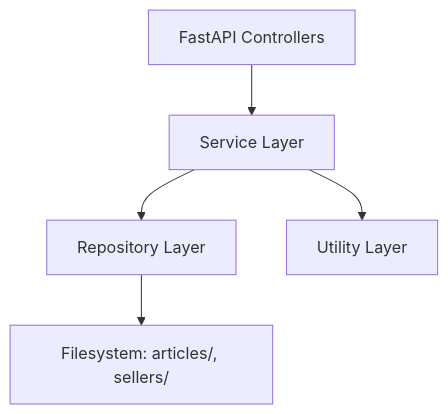
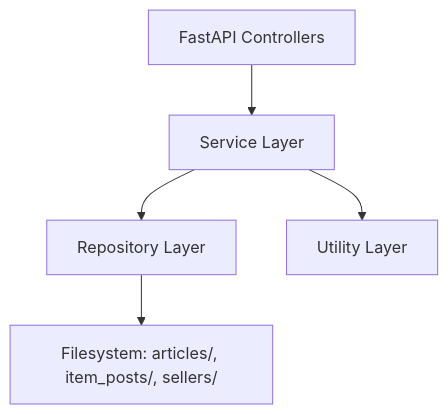
The first of 2 diagrams in docs/backend.md (scamisay/-meli-product-detail), drawn with Mermaid before and after one commit. The commit also changed other lines of this file, not shown here.

````diff
--- a/docs/backend.md
+++ b/docs/backend.md
@@ -18,7 +43,7 @@
 ```mermaid
 graph TD
   API[FastAPI Controllers] --> Service[Service Layer]
   Service --> Repo[Repository Layer]
   Service --> Utils[Utility Layer]
-  Repo --> FS[Filesystem: articles/, sellers/]
+  Repo --> FS[Filesystem: articles/, item_posts/, sellers/]
 ```
````
